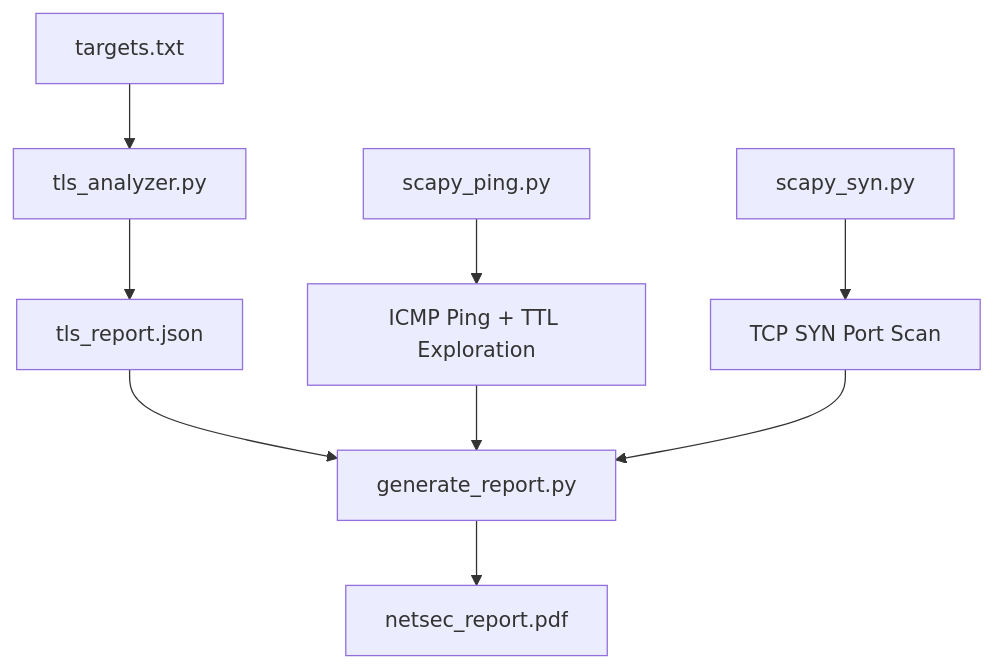
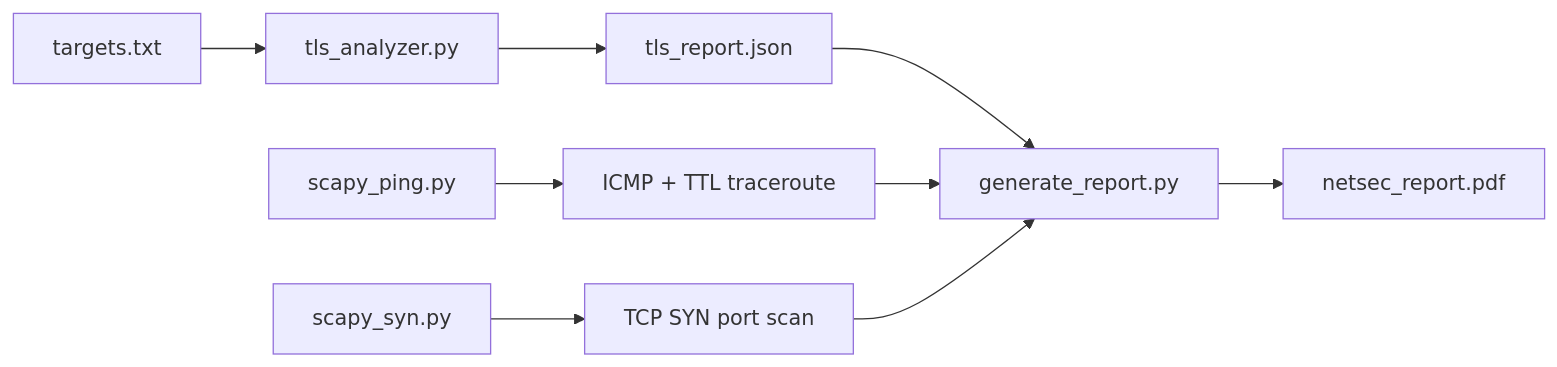
One commit to FardinIqbal/netsec-toolkit changed the diagram in README.md. Above: the diagram before and after it, drawn with Mermaid. The commit also changed other lines of this file, not shown here.

````diff
--- a/README.md
+++ b/README.md
@@ -21,13 +59,11 @@
 ```mermaid
-flowchart TD
+flowchart LR
     A[targets.txt] --> D[tls_analyzer.py]
     D --> E[tls_report.json]
-
-    F[scapy_ping.py] --> G[ICMP Ping + TTL Exploration]
-    H[scapy_syn.py] --> I[TCP SYN Port Scan]
-
+    F[scapy_ping.py] --> G[ICMP + TTL traceroute]
+    H[scapy_syn.py] --> I[TCP SYN port scan]
     E --> J[generate_report.py]
     G --> J
     I --> J
     J --> K[netsec_report.pdf]
 ```
````
